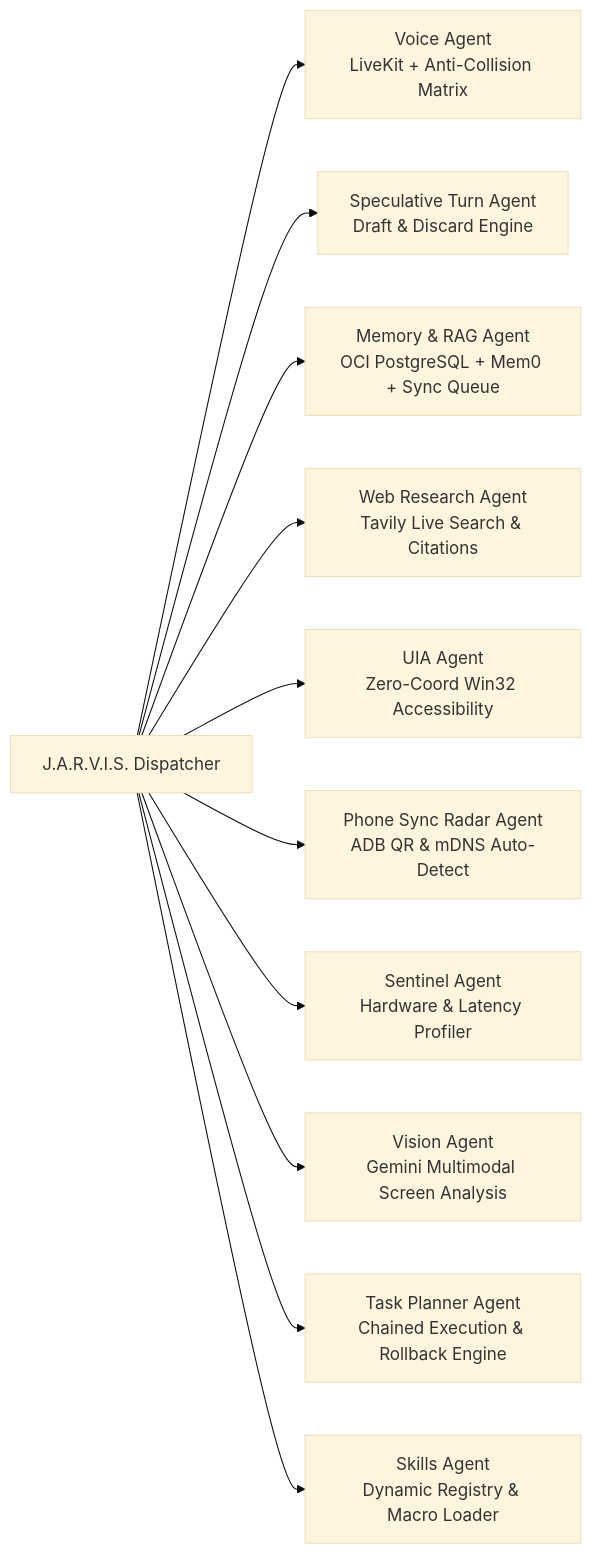
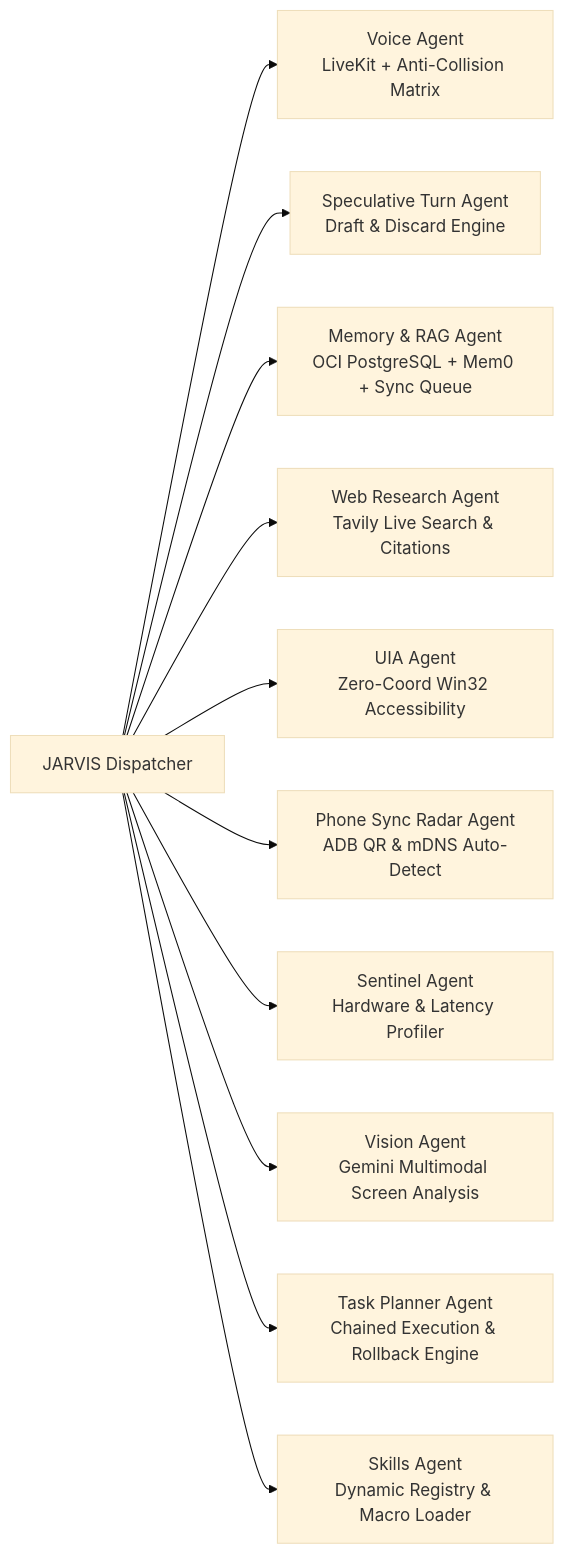
Before and after one commit to skullhacker007/Jarvis: the second of 2 diagrams in AGENTS.md, drawn with Mermaid (base theme). The commit also changed other lines of this file and 40 other files, not shown here.

````diff
--- a/AGENTS.md
+++ b/AGENTS.md
@@ -65,13 +65,13 @@
 ```mermaid
 flowchart LR
-    Dispatcher[J.A.R.V.I.S. Dispatcher] --> Agent1[Voice Agent\nLiveKit + Anti-Collision Matrix]
+    Dispatcher[JARVIS Dispatcher] --> Agent1[Voice Agent\nLiveKit + Anti-Collision Matrix]
     Dispatcher --> Agent2[Speculative Turn Agent\nDraft & Discard Engine]
     Dispatcher --> Agent3[Memory & RAG Agent\nOCI PostgreSQL + Mem0 + Sync Queue]
     Dispatcher --> Agent4[Web Research Agent\nTavily Live Search & Citations]
     Dispatcher --> Agent5[UIA Agent\nZero-Coord Win32 Accessibility]
     Dispatcher --> Agent6[Phone Sync Radar Agent\nADB QR & mDNS Auto-Detect]
     Dispatcher --> Agent7[Sentinel Agent\nHardware & Latency Profiler]
     Dispatcher --> Agent8[Vision Agent\nGemini Multimodal Screen Analysis]
     Dispatcher --> Agent9[Task Planner Agent\nChained Execution & Rollback Engine]
     Dispatcher --> Agent10[Skills Agent\nDynamic Registry & Macro Loader]
 ```
````
